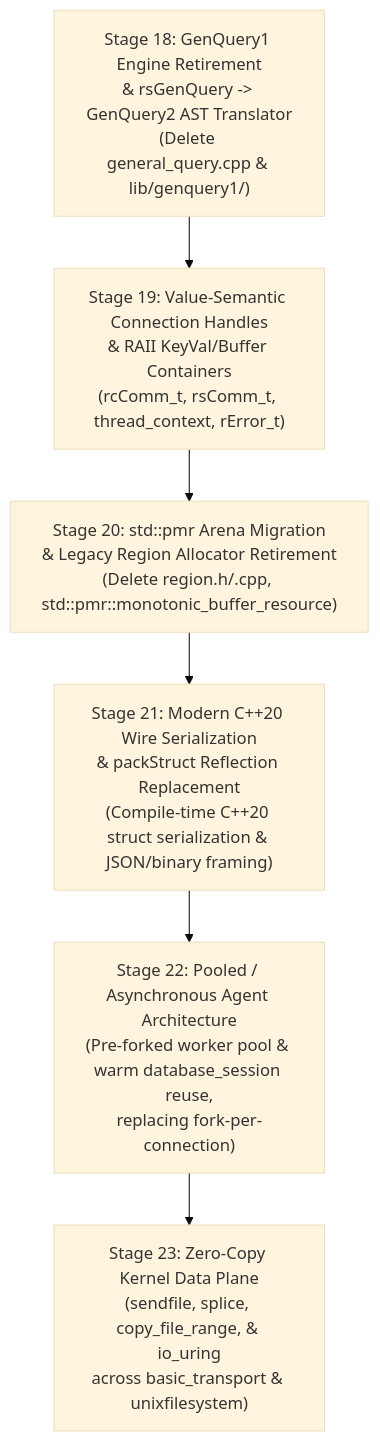
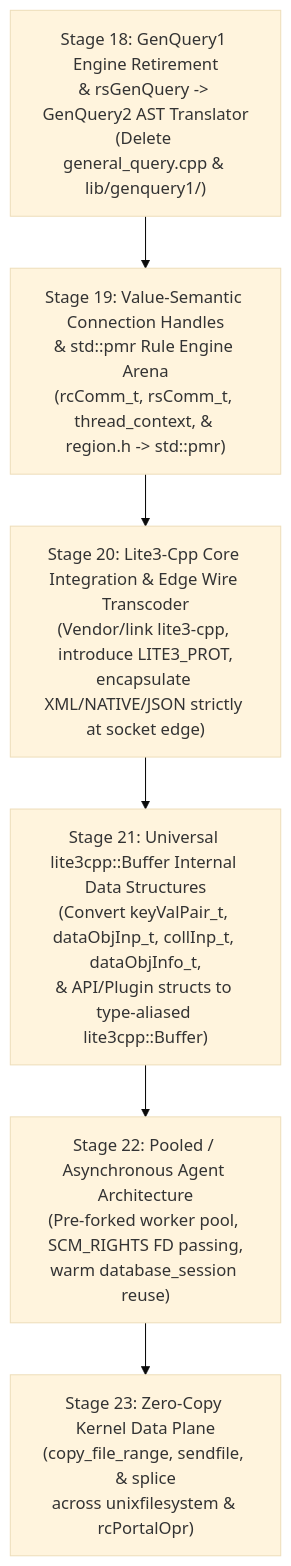
The diagram in docs/superpowers/specs/2026-10-24-irods-nextgen-architecture-roadmap.md (jasoncoposky/irods), drawn with Mermaid (base theme) before and after one commit. The commit also changed other lines of this file and 6 other files, not shown here.

Commit message:
docs: update Stage 19-21 specs for Lite3 Edge Wire Transcoder and Universal lite3cpp::Buffer Internal Structs

````diff
--- a/docs/superpowers/specs/2026-10-24-irods-nextgen-architecture-roadmap.md
+++ b/docs/superpowers/specs/2026-10-24-irods-nextgen-architecture-roadmap.md
@@ -15,11 +18,11 @@
 ```mermaid
 flowchart TD
     S18["Stage 18: GenQuery1 Engine Retirement\n& rsGenQuery -> GenQuery2 AST Translator\n(Delete general_query.cpp & lib/genquery1/)"]
-    S19["Stage 19: Value-Semantic Connection Handles\n& RAII KeyVal/Buffer Containers\n(rcComm_t, rsComm_t, thread_context, rError_t)"]
-    S20["Stage 20: std::pmr Arena Migration\n& Legacy Region Allocator Retirement\n(Delete region.h/.cpp, std::pmr::monotonic_buffer_resource)"]
-    S21["Stage 21: Modern C++20 Wire Serialization\n& packStruct Reflection Replacement\n(Compile-time C++20 struct serialization & JSON/binary framing)"]
-    S22["Stage 22: Pooled / Asynchronous Agent Architecture\n(Pre-forked worker pool & warm database_session reuse,\nreplacing fork-per-connection)"]
-    S23["Stage 23: Zero-Copy Kernel Data Plane\n(sendfile, splice, copy_file_range, & io_uring\nacross basic_transport & unixfilesystem)"]
+    S19["Stage 19: Value-Semantic Connection Handles\n& std::pmr Rule Engine Arena\n(rcComm_t, rsComm_t, thread_context, & region.h -> std::pmr)"]
+    S20["Stage 20: Lite3-Cpp Core Integration & Edge Wire Transcoder\n(Vendor/link lite3-cpp, introduce LITE3_PROT,\nencapsulate XML/NATIVE/JSON strictly at socket edge)"]
+    S21["Stage 21: Universal lite3cpp::Buffer Internal Data Structures\n(Convert keyValPair_t, dataObjInp_t, collInp_t, dataObjInfo_t,\n& API/Plugin structs to type-aliased lite3cpp::Buffer)"]
+    S22["Stage 22: Pooled / Asynchronous Agent Architecture\n(Pre-forked worker pool, SCM_RIGHTS FD passing,\nwarm database_session reuse)"]
+    S23["Stage 23: Zero-Copy Kernel Data Plane\n(copy_file_range, sendfile, & splice\nacross unixfilesystem & rcPortalOpr)"]
 
     S18 --> S19 --> S20 --> S21 --> S22 --> S23
 ```
````
